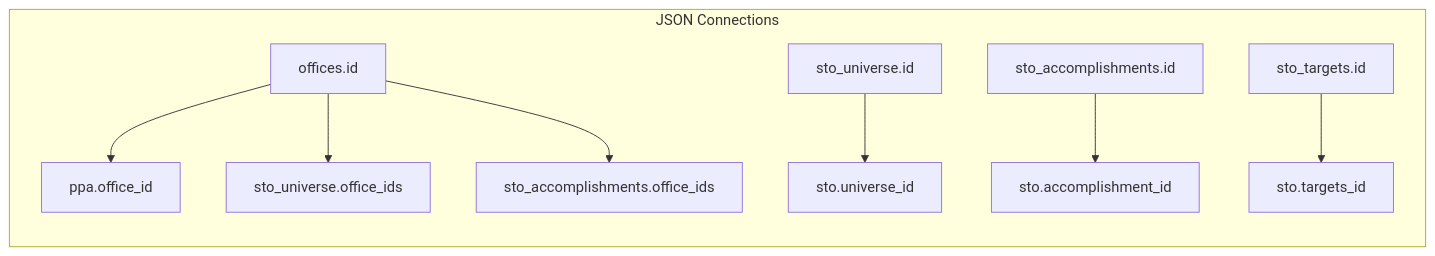
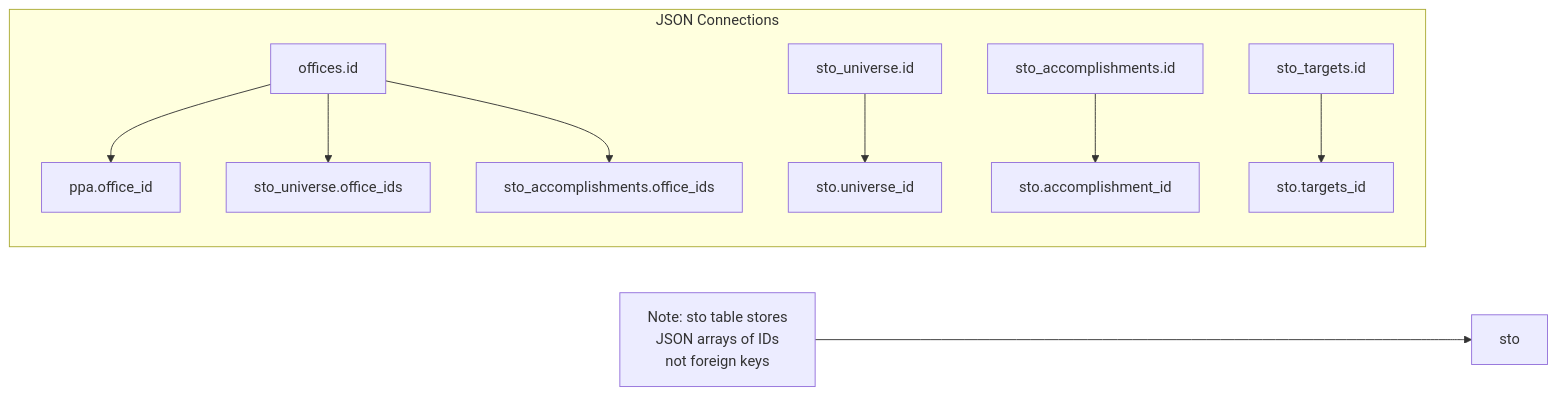
Before and after one commit to brandon3sican/univ_base: the ninth of 11 diagrams in db-schema-and-diagram.md, drawn with Mermaid. The commit also changed other lines of this file, not shown here.

Commit message:
DB Schema and Diagram

````diff
--- a/db-schema-and-diagram.md
+++ b/db-schema-and-diagram.md
@@ -332,11 +341,17 @@
 ```mermaid
 graph LR
     subgraph JSON Connections
         offices.id --> ppa.office_id
         offices.id --> sto_universe.office_ids
         offices.id --> sto_accomplishments.office_ids
+        
+        %% STO JSON Relationships (corrected)
         sto_universe.id --> sto.universe_id
         sto_accomplishments.id --> sto.accomplishment_id
         sto_targets.id --> sto.targets_id
     end
+    
+    %% Note about JSON array storage
+    note[Note: sto table stores<br/>JSON arrays of IDs<br/>not foreign keys]
+    note --> sto
 ```
````
